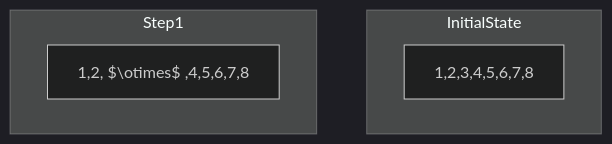
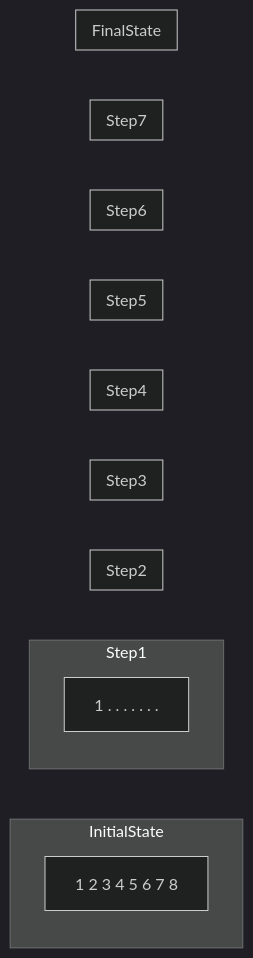
Before and after one commit to zeerre/PLC: the eighth of 8 diagrams in C-C++/algorithembook/AlgorithmCompetitionBeginnersClassicTrainingGuide/README.MD, drawn with Mermaid (dark theme).

Commit message:
Update the master.comp branch

````diff
--- a/C-C++/algorithembook/AlgorithmCompetitionBeginnersClassicTrainingGuide/README.MD
+++ b/C-C++/algorithembook/AlgorithmCompetitionBeginnersClassicTrainingGuide/README.MD
@@ -2208,9 +2208,30 @@
 ```mermaid
-graph TD
+graph LR
 	  subgraph InitialState
-	  A[1,2,3,4,5,6,7,8]
+	  A[1 2 3 4 5 6 7 8]
 	  end
 	  subgraph Step1
-	  B[1,2, $\otimes$ ,4,5,6,7,8]
+	  B[1 2  -  4 5 6 7 8]
+	  end
+	  subgraph Step2
+	  B[1 2  .  4 5 6 7 -]
+	  end
+	  subgraph Step3
+	  B[1 2  .  4 5 - 7 .]
+	  end
+	  subgraph Step4
+	  B[1 2  .  4 - . 7 .]
+	  end
+	  subgraph Step5
+	  B[1 2  .  4 . . - .]
+	  end
+	  subgraph Step6
+	  B[1 -  .  4 . . . .]
+	  end
+	  subgraph Step7
+	  B[1 .  .  - . . . .]
+	  end
+	  subgraph FinalState
+	  B[1 .  .  . . . . .]
 	  end
 ```
````
